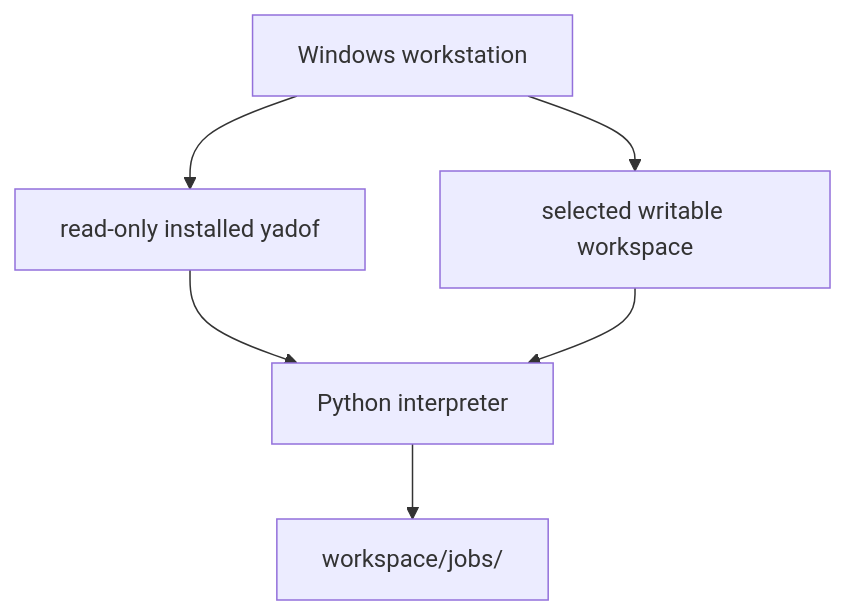
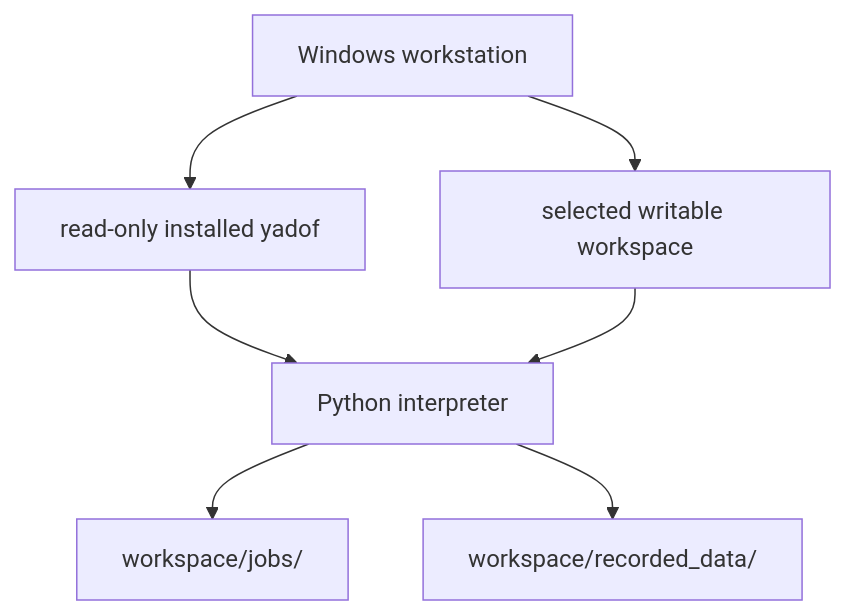
The first of 2 diagrams in dev_doc/architecture/4plus1_physical_view.md (YS-Pan/yadof), drawn with Mermaid before and after one commit. The commit also changed other lines of this file and 33 other files, not shown here.

Commit message:
feat: add workspace-local recorded data

````diff
--- a/dev_doc/architecture/4plus1_physical_view.md
+++ b/dev_doc/architecture/4plus1_physical_view.md
@@ -5,14 +5,16 @@
 ```mermaid
 flowchart TD
     Workstation["Windows workstation"]
     Package["read-only installed yadof"]
     Workspace["selected writable workspace"]
     Python["Python interpreter"]
     Jobs["workspace/jobs/"]
+    Records["workspace/recorded_data/"]
 
     Workstation --> Package
     Workstation --> Workspace
     Package --> Python
     Workspace --> Python
     Python --> Jobs
+    Python --> Records
 ```
````
